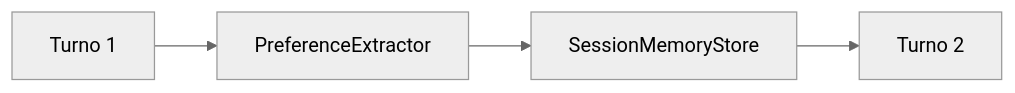
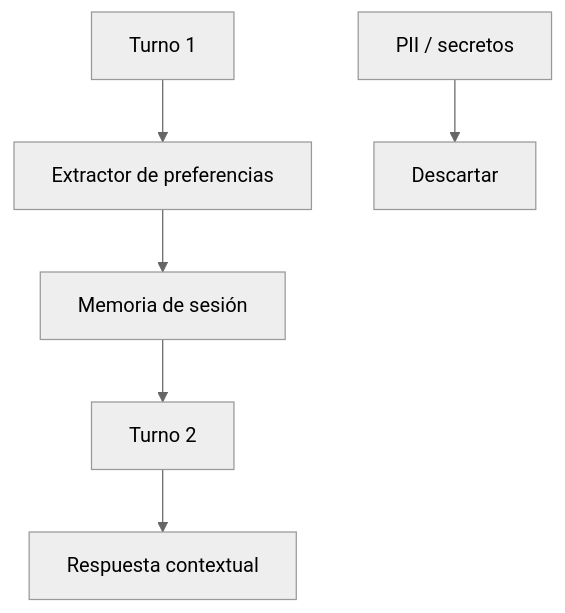
The diagram in docs/stages/stage-04-memory.md (aldoapicella/utp-schedule-agent-lab), drawn with Mermaid (neutral theme) before and after one commit. The commit also changed other lines of this file and 109 other files, not shown here.

````diff
--- a/docs/stages/stage-04-memory.md
+++ b/docs/stages/stage-04-memory.md
@@ -30,6 +33,8 @@
 ```mermaid
-flowchart LR
-  A["Turno 1"] --> B["PreferenceExtractor"]
-  B --> C["SessionMemoryStore"]
+flowchart TD
+  A["Turno 1"] --> B["Extractor de preferencias"]
+  B --> C["Memoria de sesión"]
   C --> D["Turno 2"]
+  D --> E["Respuesta contextual"]
+  X["PII / secretos"] --> Y["Descartar"]
 ```
````
